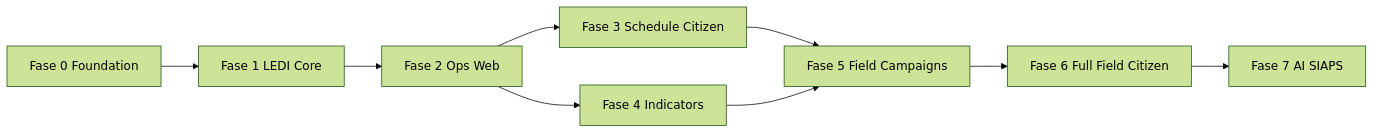
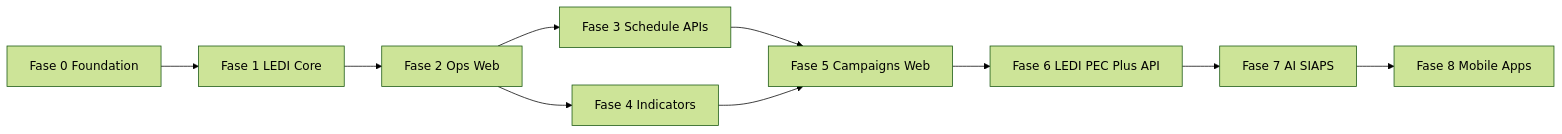
Before and after one commit to tiagocassio/cidadaobr: diagram 16 of 17 in docs/padrão_ledi_e-sus_4f004208.plan.md, drawn with Mermaid (forest theme). The commit also changed other lines of this file and 50 other files, not shown here.

````diff
--- a/docs/padrão_ledi_e-sus_4f004208.plan.md
+++ b/docs/padrão_ledi_e-sus_4f004208.plan.md
@@ -2300,19 +2492,21 @@
 ```mermaid
 flowchart LR
   p0[Fase 0 Foundation]
   p1[Fase 1 LEDI Core]
   p2[Fase 2 Ops Web]
-  p3[Fase 3 Schedule Citizen]
+  p3[Fase 3 Schedule APIs]
   p4[Fase 4 Indicators]
-  p5[Fase 5 Field Campaigns]
-  p6[Fase 6 Full Field Citizen]
+  p5[Fase 5 Campaigns Web]
+  p6[Fase 6 LEDI PEC Plus API]
   p7[Fase 7 AI SIAPS]
+  p8[Fase 8 Mobile Apps]
 
   p0 --> p1 --> p2
   p2 --> p3
   p2 --> p4
   p3 --> p5
   p4 --> p5
   p5 --> p6
   p6 --> p7
+  p7 --> p8
 ```
````
